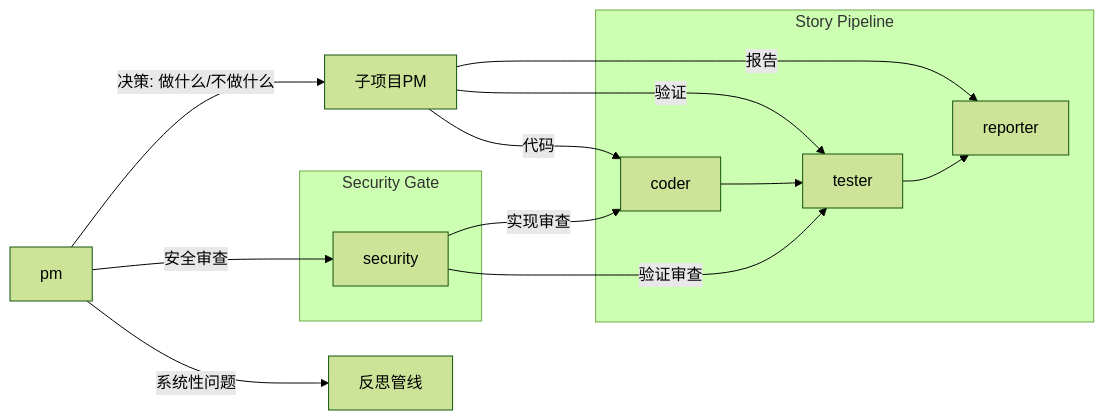
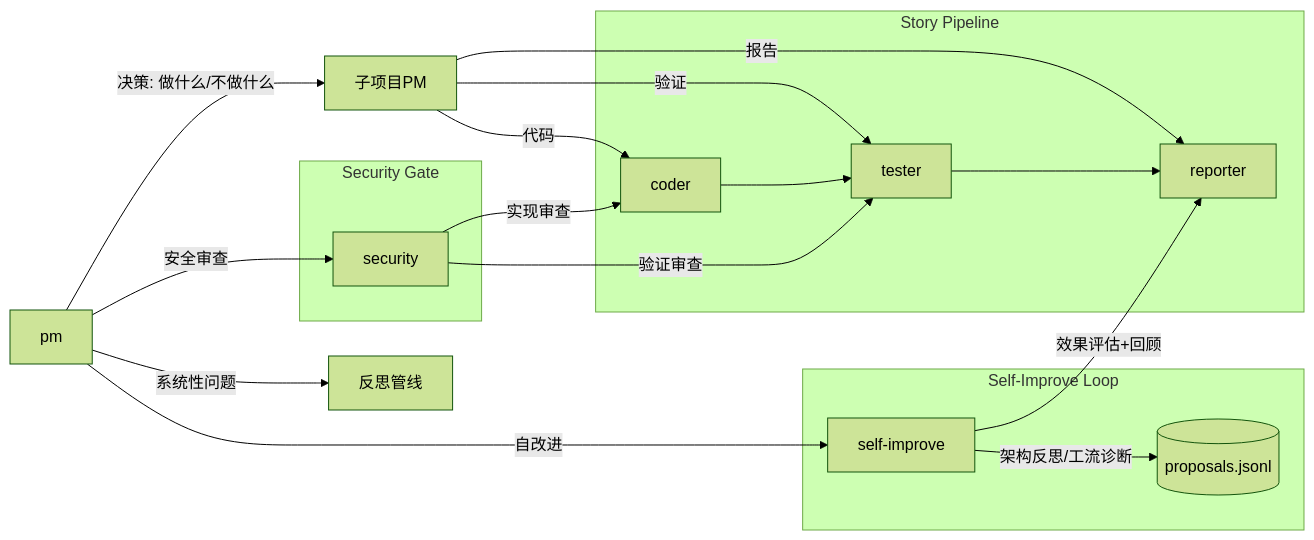
One commit to effiy/YrY changed the first of 2 diagrams in agents/AGENT.md. Above: the diagram before and after it, drawn with Mermaid (forest theme). The commit also changed other lines of this file and 26 other files, not shown here.

````diff
--- a/agents/AGENT.md
+++ b/agents/AGENT.md
@@ -5,17 +5,22 @@
 ```mermaid
 graph LR
     pm -->|决策: 做什么/不做什么| SUB["子项目PM"]
     pm -->|系统性问题| S_REFLECT["反思管线"]
     SUB -->|代码| coder
     SUB -->|验证| tester
     SUB -->|报告| reporter
     pm -->|安全审查| security
+    pm -->|自改进| self_improve["self-improve"]
 
     subgraph "Story Pipeline"
         coder --> tester --> reporter
     end
     subgraph "Security Gate"
         security -->|实现审查| coder
         security -->|验证审查| tester
     end
+    subgraph "Self-Improve Loop"
+        self_improve -->|架构反思/工流诊断| STORE[("proposals.jsonl")]
+        self_improve -->|效果评估+回顾| reporter
+    end
 ```
````
